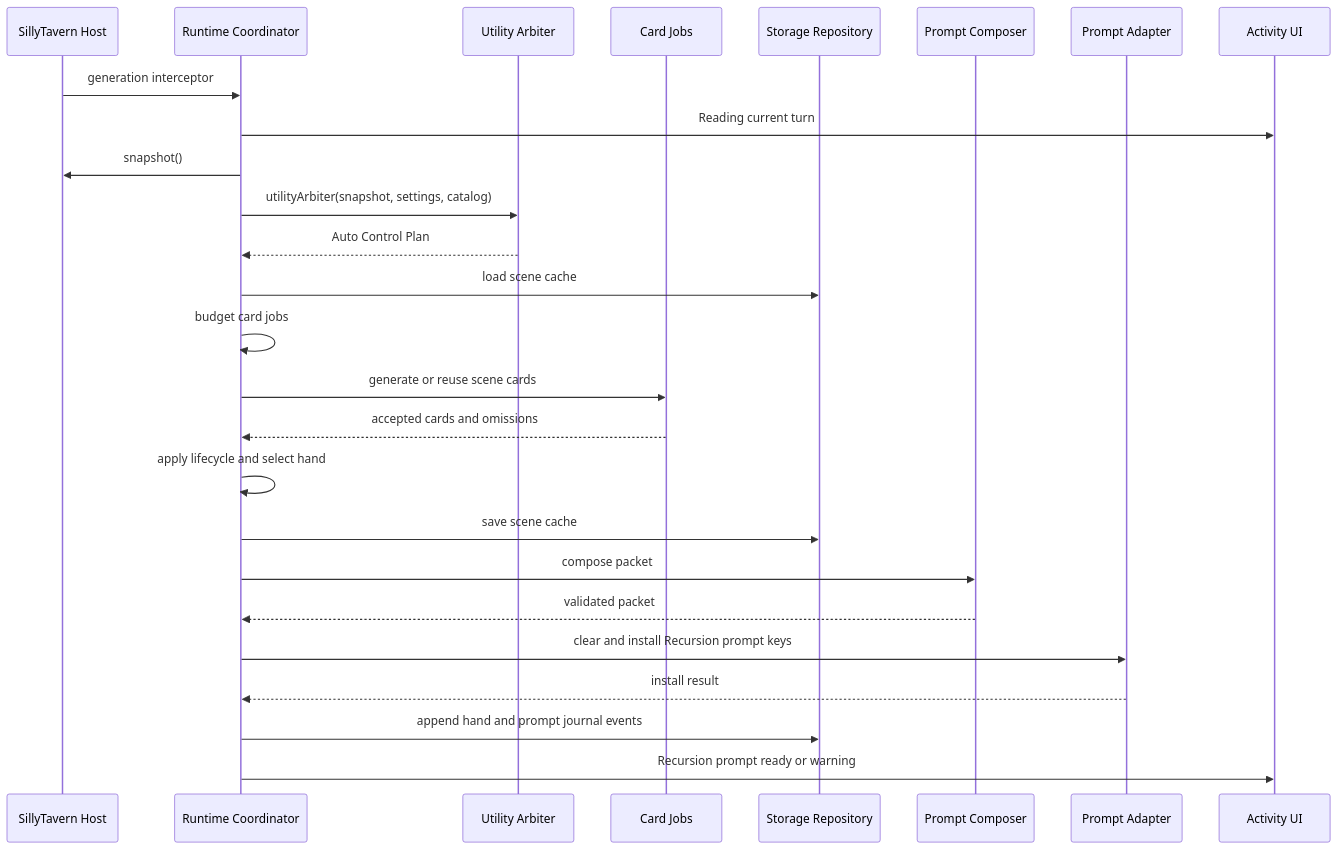
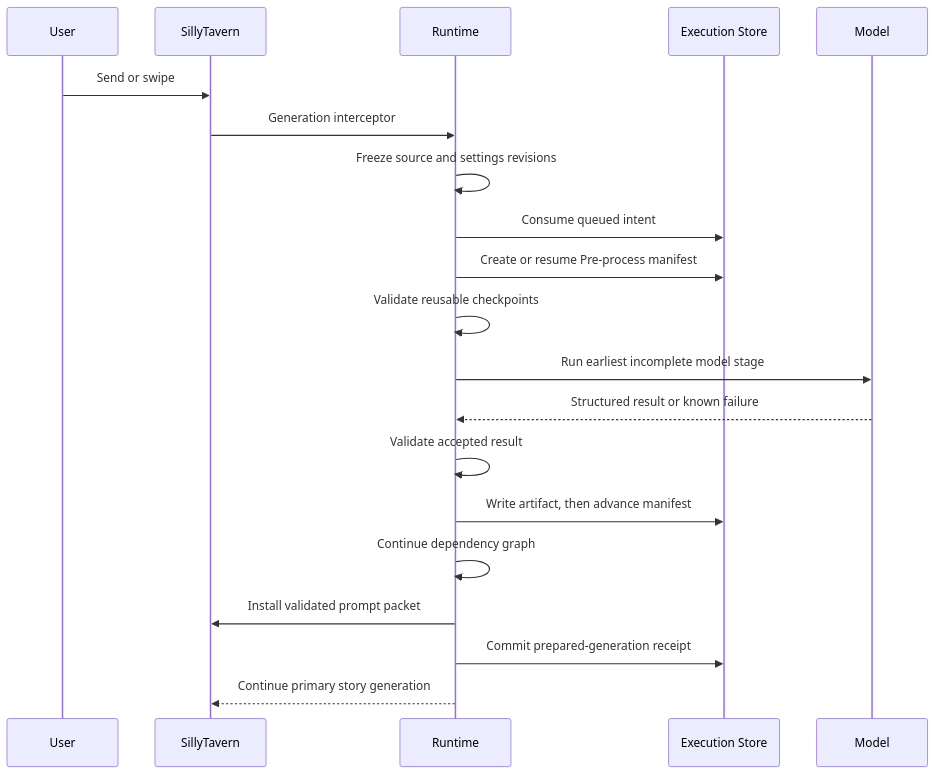
The first of 3 diagrams in docs/technical/RUNTIME_TURN_SEQUENCE.md (MentallyQuill/Recursion), drawn with Mermaid before and after one commit. The commit also changed other lines of this file and 32 other files, not shown here.

````diff
--- a/docs/technical/RUNTIME_TURN_SEQUENCE.md
+++ b/docs/technical/RUNTIME_TURN_SEQUENCE.md
@@ -34,29 +50,23 @@
 ```mermaid
 sequenceDiagram
-    participant Host as SillyTavern Host
-    participant Runtime as Runtime Coordinator
-    participant Utility as Utility Arbiter
-    participant Cards as Card Jobs
-    participant Storage as Storage Repository
-    participant Prompt as Prompt Composer
-    participant Adapter as Prompt Adapter
-    participant UI as Activity UI
+    participant User
+    participant Host as SillyTavern
+    participant Runtime
+    participant Store as Execution Store
+    participant Model
 
-    Host->>Runtime: generation interceptor
-    Runtime->>UI: Reading current turn
-    Runtime->>Host: snapshot()
-    Runtime->>Utility: utilityArbiter(snapshot, settings, catalog)
-    Utility-->>Runtime: Auto Control Plan
-    Runtime->>Storage: load scene cache
-    Runtime->>Runtime: budget card jobs
-    Runtime->>Cards: generate or reuse scene cards
-    Cards-->>Runtime: accepted cards and omissions
-    Runtime->>Runtime: apply lifecycle and select hand
-    Runtime->>Storage: save scene cache
-    Runtime->>Prompt: compose packet
-    Prompt-->>Runtime: validated packet
-    Runtime->>Adapter: clear and install Recursion prompt keys
-    Adapter-->>Runtime: install result
-    Runtime->>Storage: append hand and prompt journal events
-    Runtime->>UI: Recursion prompt ready or warning
+    User->>Host: Send or swipe
+    Host->>Runtime: Generation interceptor
+    Runtime->>Runtime: Freeze source and settings revisions
+    Runtime->>Store: Consume queued intent
+    Runtime->>Store: Create or resume Pre-process manifest
+    Runtime->>Runtime: Validate reusable checkpoints
+    Runtime->>Model: Run earliest incomplete model stage
+    Model-->>Runtime: Structured result or known failure
+    Runtime->>Runtime: Validate accepted result
+    Runtime->>Store: Write artifact, then advance manifest
+    Runtime->>Runtime: Continue dependency graph
+    Runtime->>Host: Install validated prompt packet
+    Runtime->>Store: Commit prepared-generation receipt
+    Runtime-->>Host: Continue primary story generation
 ```
````
